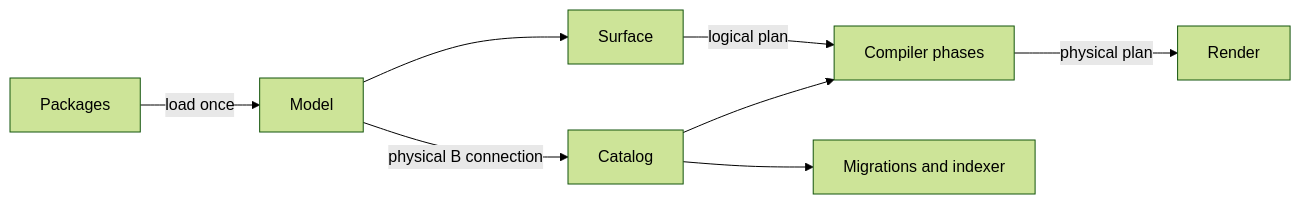
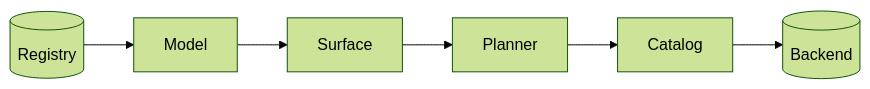
One commit to gitlabhq/orbit-knowledge-graph changed the diagram in docs/pages/engineering/adr/024_data_model_replaces_ontology.md. Above: the diagram before and after it, drawn with Mermaid (forest theme). The commit also changed other lines of this file and 3 other files, not shown here.

Commit message:
docs(adr): split ADR 024 into decisions, an architecture page and an extension guide

````diff
--- a/docs/pages/engineering/adr/024_data_model_replaces_ontology.md
+++ b/docs/pages/engineering/adr/024_data_model_replaces_ontology.md
@@ -55,12 +38,10 @@
 ```mermaid
 flowchart LR
-    accTitle: The data model and the compiler
-    accDescr: Packages load once into a checked model. A catalog gives the typed view of one connection. A surface turns query text into a logical plan. The compiler phases plan it into a physical plan for the target backend through the catalog and rewrite it. The backend renders the result. Migrations read their schema from the same catalog.
-    P[Packages] -->|load once| M[Model]
-    M -->|physical B connection| C[Catalog]
+    accTitle: The data model in one picture
+    accDescr: The registry loads packages into a checked model. A surface turns query text into a logical plan. The planner builds a physical plan through the catalog of one connection. The catalog renders the plan into the backend's request.
+    R[(Registry)] --> M[Model]
     M --> S[Surface]
-    S -->|logical plan| E[Compiler phases]
-    C --> E
-    E -->|physical plan| R[Render]
-    C --> D[Migrations and indexer]
+    S --> P[Planner]
+    P --> C[Catalog]
+    C --> B[(Backend)]
 ```
````
